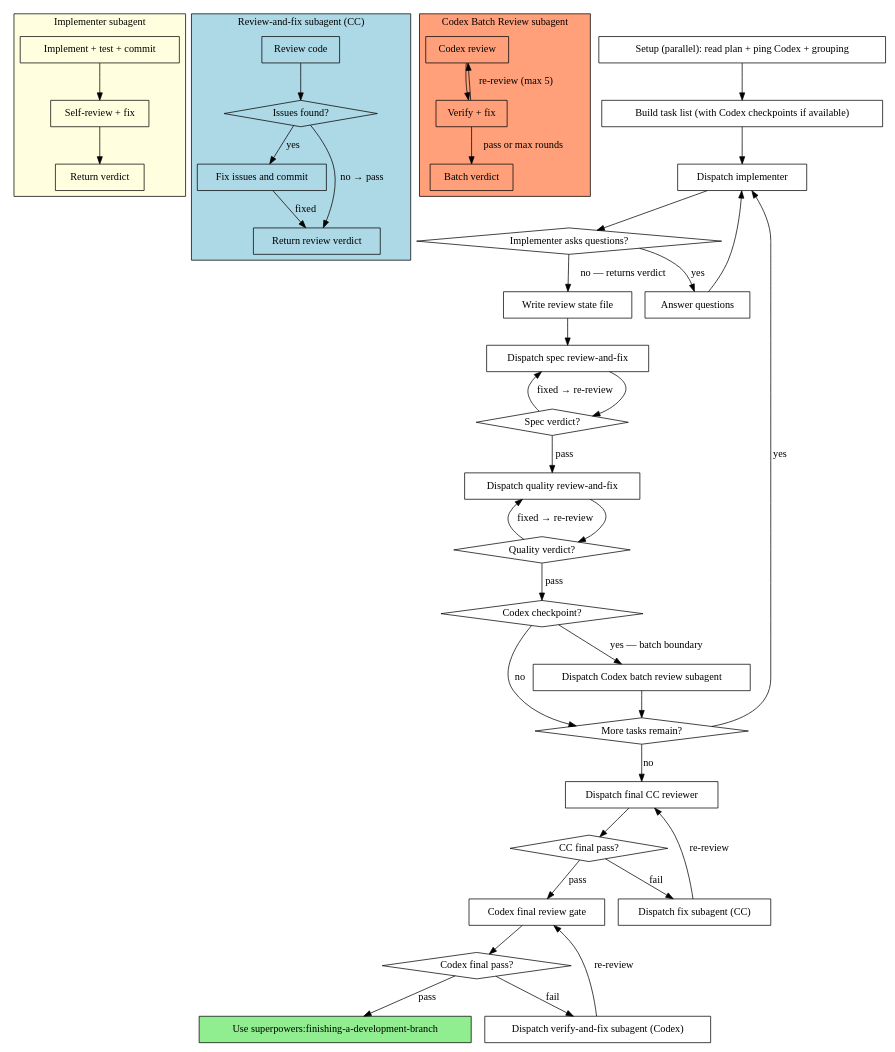
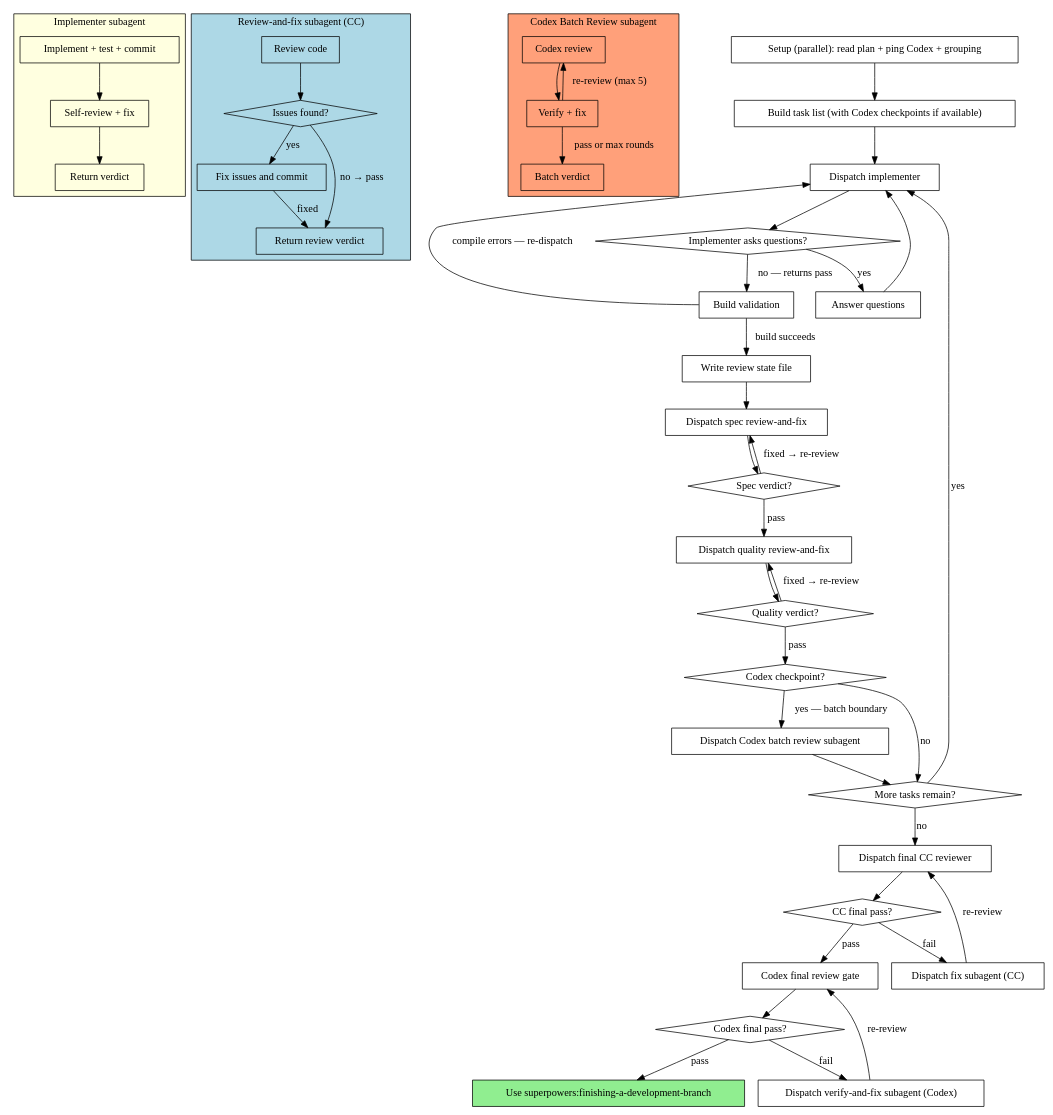
The second of 2 diagrams in skills/subagent-driven-development/SKILL.md (ebitoro/superpowers), drawn with Graphviz before and after one commit. The commit also changed other lines of this file, not shown here.

Commit message:
feat(skill): add post-implementer build validation step (Step 1b)

```diff
--- a/skills/subagent-driven-development/SKILL.md
+++ b/skills/subagent-driven-development/SKILL.md
@@ -193,7 +193,10 @@
     "Dispatch implementer" -> "Implementer asks questions?";
     "Implementer asks questions?" -> "Answer questions" [label="yes"];
     "Answer questions" -> "Dispatch implementer";
-    "Implementer asks questions?" -> "Write review state file" [label="no — returns verdict"];
+    "Implementer asks questions?" -> "Build validation" [label="no — returns pass"];
+    "Build validation" [shape=box];
+    "Build validation" -> "Write review state file" [label="build succeeds"];
+    "Build validation" -> "Dispatch implementer" [label="compile errors — re-dispatch"];
     "Write review state file" -> "Dispatch spec review-and-fix";
     "Dispatch spec review-and-fix" -> "Spec verdict?";
     "Spec verdict?" -> "Dispatch quality review-and-fix" [label="pass"];
```
